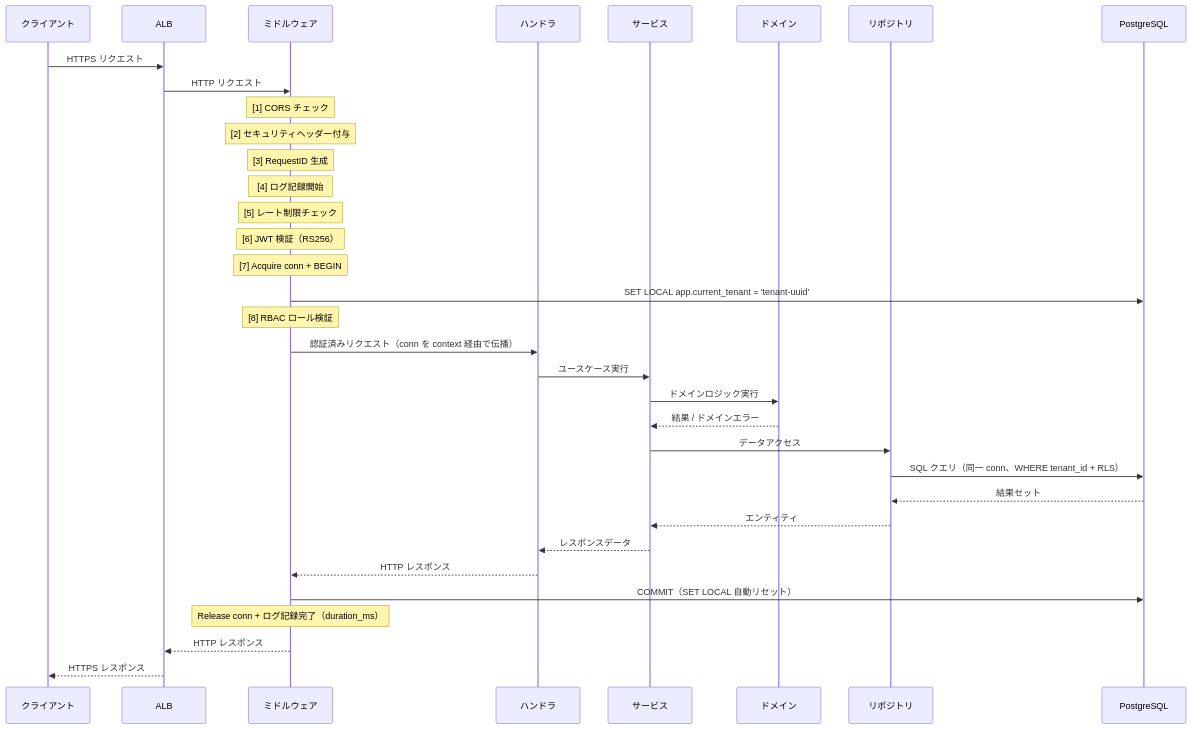
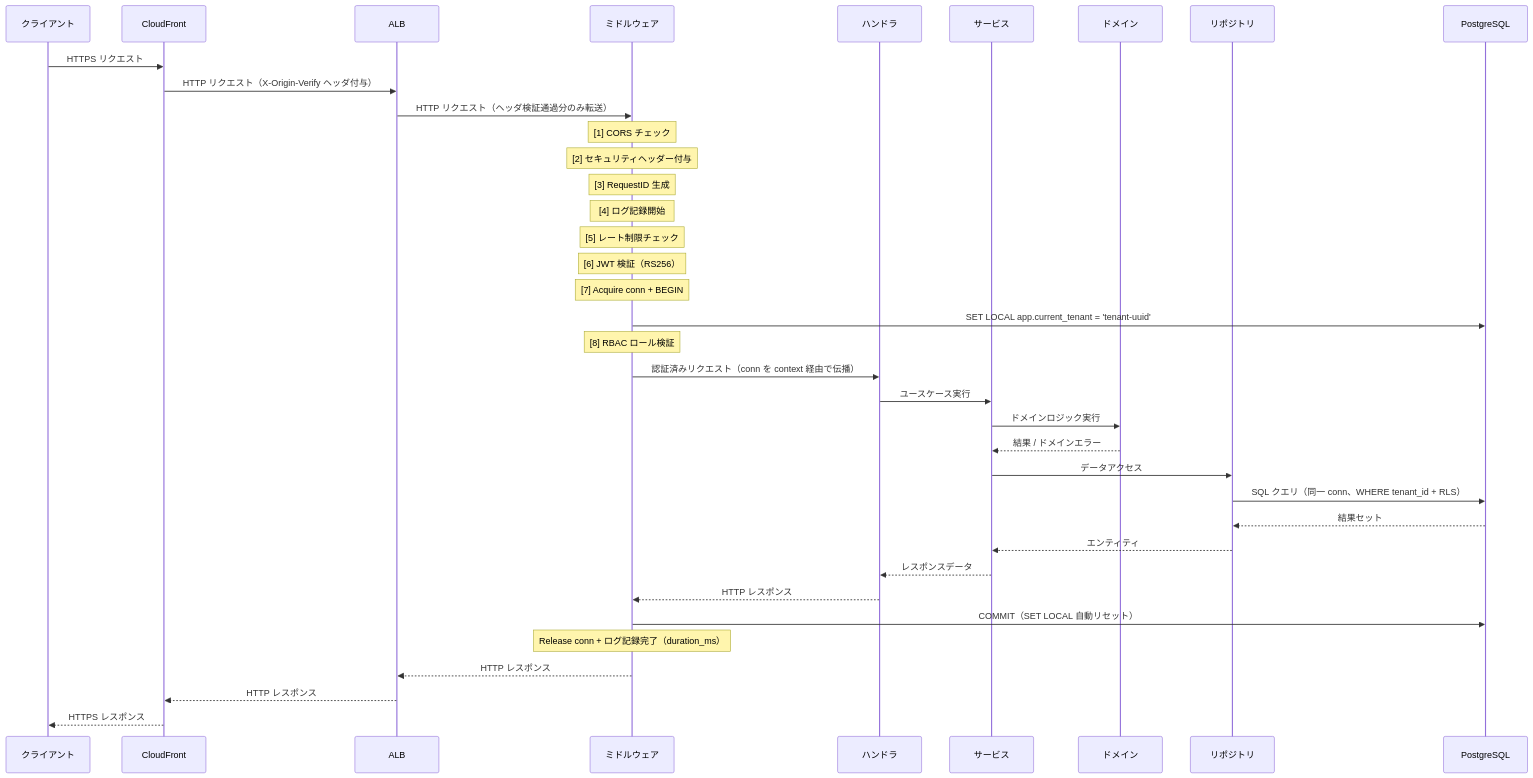
Before and after one commit to atsuro128/dev-journal: the second of 6 diagrams in deliverables/docs/30_arch/diagrams.md, drawn with Mermaid. The commit also changed other lines of this file and 7 other files, not shown here.

First line of the commit message:
docs(185): T5 設計書整合 — ADR-0007 起票・11-E 訂正・構成図 CloudFront 反映

````diff
--- a/deliverables/docs/30_arch/diagrams.md
+++ b/deliverables/docs/30_arch/diagrams.md
@@ -65,41 +68,44 @@
 ```mermaid
 sequenceDiagram
     participant C as クライアント
+    participant CF as CloudFront
     participant ALB
     participant MW as ミドルウェア
     participant H as ハンドラ
     participant S as サービス
     participant D as ドメイン
     participant R as リポジトリ
     participant DB as PostgreSQL
 
-    C->>ALB: HTTPS リクエスト
-    ALB->>MW: HTTP リクエスト
+    C->>CF: HTTPS リクエスト
+    CF->>ALB: HTTP リクエスト（X-Origin-Verify ヘッダ付与）
+    ALB->>MW: HTTP リクエスト（ヘッダ検証通過分のみ転送）
 
     Note over MW: [1] CORS チェック
     Note over MW: [2] セキュリティヘッダー付与
     Note over MW: [3] RequestID 生成
     Note over MW: [4] ログ記録開始
     Note over MW: [5] レート制限チェック
     Note over MW: [6] JWT 検証（RS256）
     Note over MW: [7] Acquire conn + BEGIN
     MW->>DB: SET LOCAL app.current_tenant = 'tenant-uuid'
     Note over MW: [8] RBAC ロール検証
 
     MW->>H: 認証済みリクエスト（conn を context 経由で伝播）
     H->>S: ユースケース実行
     S->>D: ドメインロジック実行
     D-->>S: 結果 / ドメインエラー
     S->>R: データアクセス
     R->>DB: SQL クエリ（同一 conn、WHERE tenant_id + RLS）
     DB-->>R: 結果セット
     R-->>S: エンティティ
     S-->>H: レスポンスデータ
     H-->>MW: HTTP レスポンス
 
     MW->>DB: COMMIT（SET LOCAL 自動リセット）
     Note over MW: Release conn + ログ記録完了（duration_ms）
 
     MW-->>ALB: HTTP レスポンス
-    ALB-->>C: HTTPS レスポンス
+    ALB-->>CF: HTTP レスポンス
+    CF-->>C: HTTPS レスポンス
 ```
````
